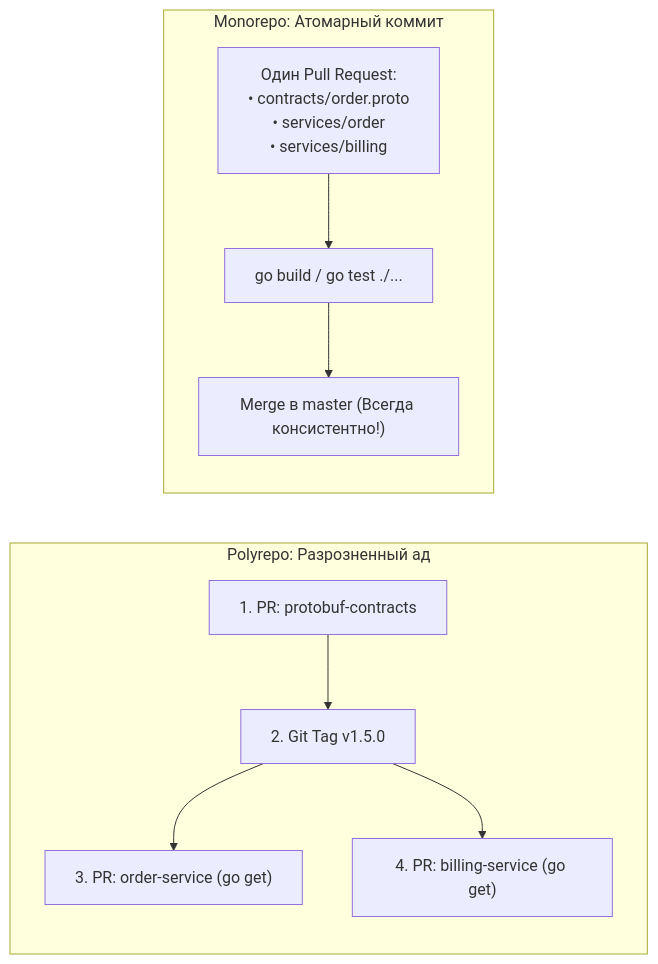
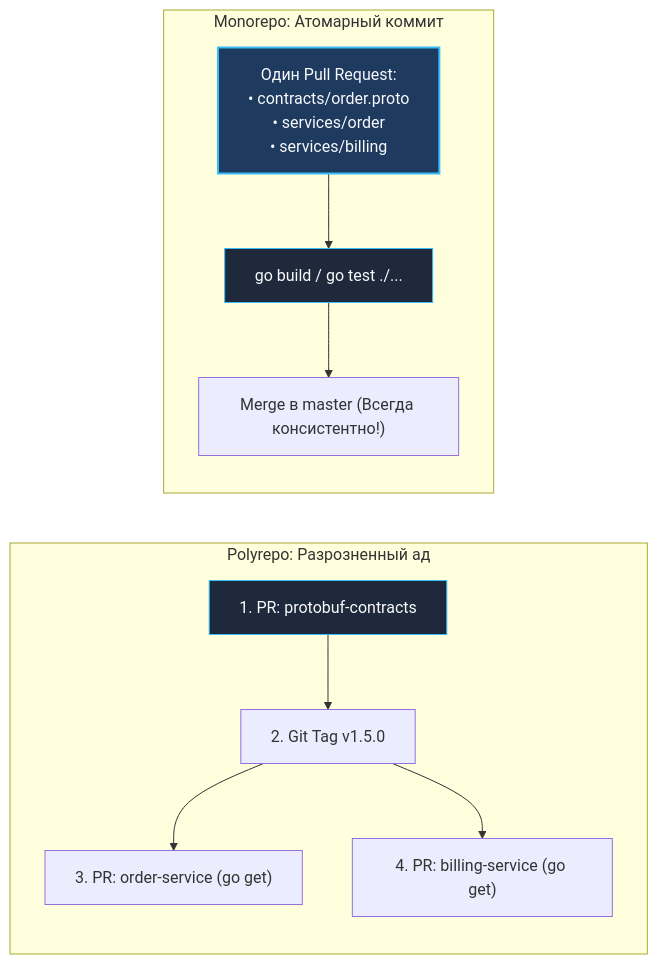
Before and after one commit to UnrealTemplier/go-textbook: the second of 2 diagrams in sources/14. Распределенные системы на Go/08. Практика/3. Monorepo vs polyrepo.md, drawn with Mermaid. The commit also changed other lines of this file and 1666 other files, not shown here.

First line of the commit message:
feat(mermaid): add semantic color classDef to 1369 colorless flowchart/graph diagrams

````diff
--- a/sources/14. Распределенные системы на Go/08. Практика/3. Monorepo vs polyrepo.md
+++ b/sources/14. Распределенные системы на Go/08. Практика/3. Monorepo vs polyrepo.md
@@ -93,16 +103,26 @@
 ```mermaid
 flowchart LR
+    classDef process  fill:#1e293b,stroke:#38bdf8,stroke-width:1px,color:#f8fafc
+    classDef success  fill:#064e3b,stroke:#34d399,stroke-width:1px,color:#f8fafc
+    classDef error    fill:#7f1d1d,stroke:#f87171,stroke-width:1px,color:#f8fafc
+    classDef warning  fill:#78350f,stroke:#fbbf24,stroke-width:1px,color:#f8fafc
+    classDef entry    fill:#1e3a5f,stroke:#38bdf8,stroke-width:2px,color:#f8fafc
+    classDef aux      fill:#334155,stroke:#64748b,stroke-width:1px,color:#f8fafc
+    classDef system   fill:#312e81,stroke:#a78bfa,stroke-width:1px,color:#f8fafc
+    classDef data     fill:#132d29,stroke:#2dd4bf,stroke-width:1px,color:#f8fafc
+    classDef network  fill:#881337,stroke:#fb7185,stroke-width:1px,color:#f8fafc
+    classDef accent   fill:#1e1b4b,stroke:#818cf8,stroke-width:1px,color:#f8fafc
     subgraph PolyrepoWorkflow["Polyrepo: Разрозненный ад"]
-        P1["1. PR: protobuf-contracts"] --> Tag["2. Git Tag v1.5.0"]
+        P1["1. PR: protobuf-contracts"]:::process --> Tag["2. Git Tag v1.5.0"]
         Tag --> P2["3. PR: order-service (go get)"]
         Tag --> P3["4. PR: billing-service (go get)"]
     end
 
     subgraph MonorepoWorkflow["Monorepo: Атомарный коммит"]
-        AtomicPR["Один Pull Request:\n• contracts/order.proto\n• services/order\n• services/billing"]
-        Compiler["go build / go test ./..."]
+        AtomicPR["Один Pull Request:\n• contracts/order.proto\n• services/order\n• services/billing"]:::entry
+        Compiler["go build / go test ./..."]:::process
         Merge["Merge в master (Всегда консистентно!)"]
         
         AtomicPR --> Compiler --> Merge
     end
 ```
````
